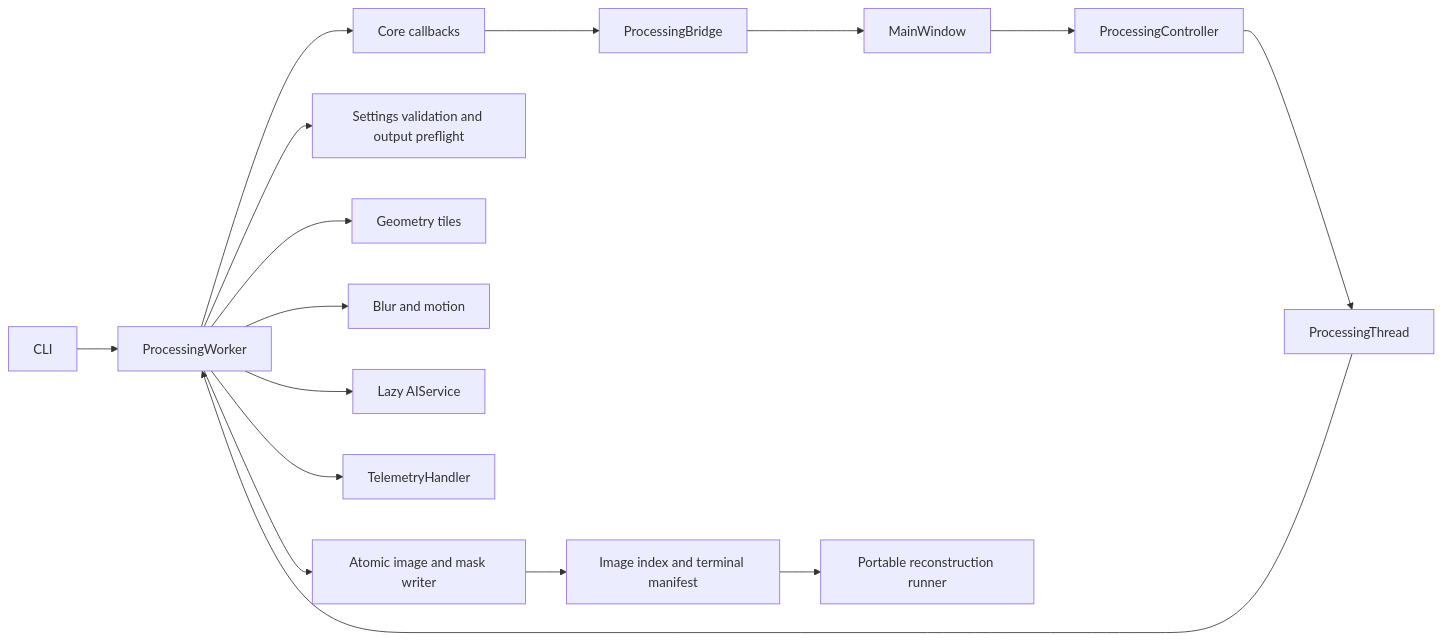
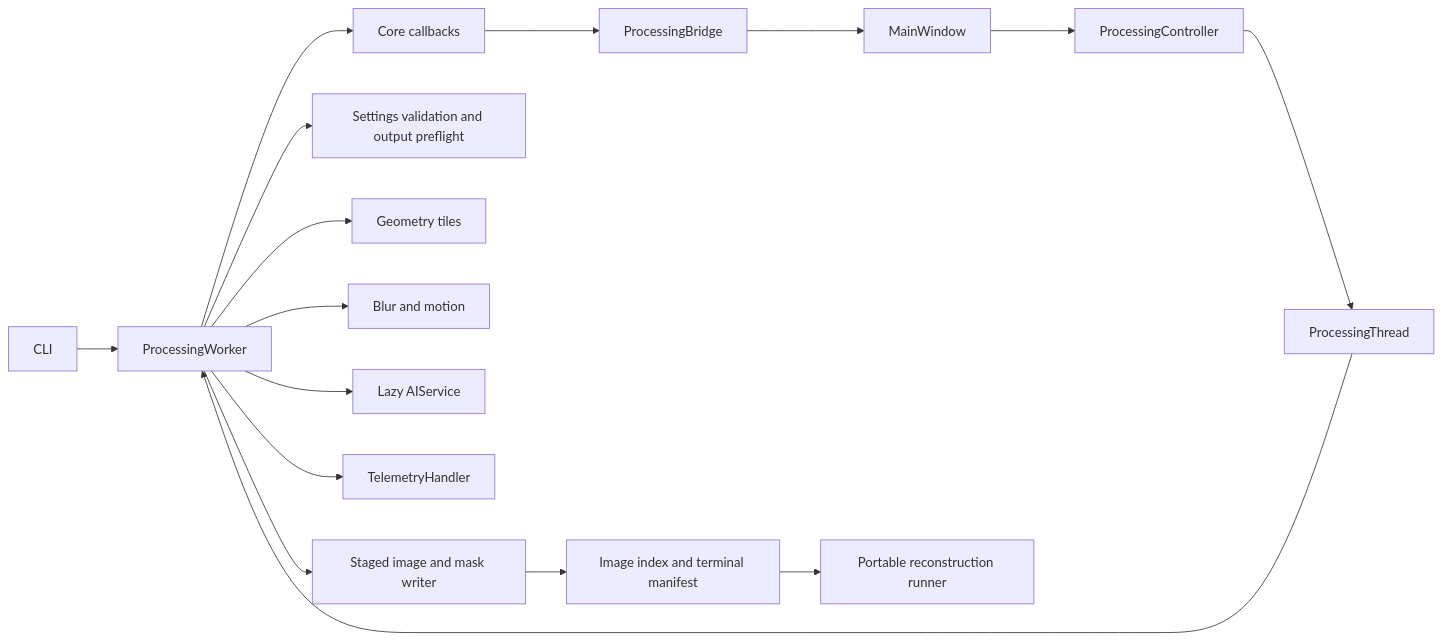
One commit to nicolasdiolez/360Extractor changed the diagram in ARCHITECTURE.md. Above: the diagram before and after it, drawn with Mermaid. The commit also changed other lines of this file and 11 other files, not shown here.

````diff
--- a/ARCHITECTURE.md
+++ b/ARCHITECTURE.md
@@ -5,18 +5,18 @@
 ```mermaid
 flowchart LR
   CLI[CLI] --> Worker[ProcessingWorker]
   UI[MainWindow] --> Controller[ProcessingController]
   Controller --> Thread[ProcessingThread]
   Thread --> Worker
   Worker --> Events[Core callbacks]
   Events --> Bridge[ProcessingBridge]
   Bridge --> UI
   Worker --> Validation[Settings validation and output preflight]
   Worker --> Projection[Geometry tiles]
   Worker --> Filters[Blur and motion]
   Worker --> AI[Lazy AIService]
   Worker --> GPS[TelemetryHandler]
-  Worker --> Writer[Atomic image and mask writer]
+  Worker --> Writer[Staged image and mask writer]
   Writer --> Index[Image index and terminal manifest]
   Index --> COLMAP[Portable reconstruction runner]
 ```
````
